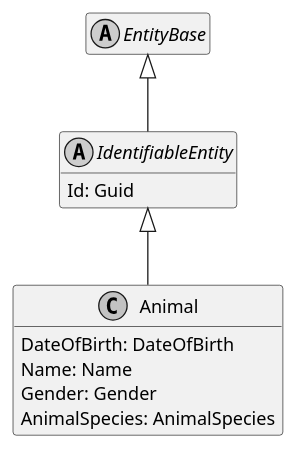
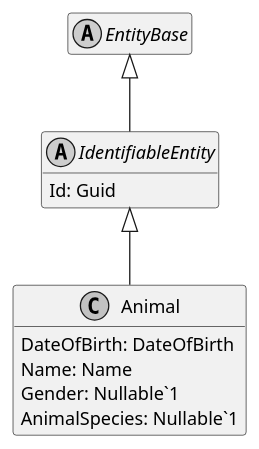
Before and after one commit to ObiWanLansi/DoofesZeug: the diagram in Documentation/Generated/Models/DoofesZeug.Models.Animals/Animal.puml, drawn with PlantUML. The commit also changed 32 other files, not shown here.

```diff
--- a/Documentation/Generated/Models/DoofesZeug.Models.Animals/Animal.puml
+++ b/Documentation/Generated/Models/DoofesZeug.Models.Animals/Animal.puml
@@ -1,23 +1,23 @@
 @startuml
 skinparam monochrome true
 hide empty members
 
 abstract class EntityBase {
 }
 
 EntityBase <|-- IdentifiableEntity
 
 abstract class IdentifiableEntity {
     Id: Guid
 }
 
 IdentifiableEntity <|-- Animal
 
 class Animal {
     DateOfBirth: DateOfBirth
     Name: Name
-    Gender: Gender
-    AnimalSpecies: AnimalSpecies
+    Gender: Nullable`1
+    AnimalSpecies: Nullable`1
 }
 
 @enduml
```
